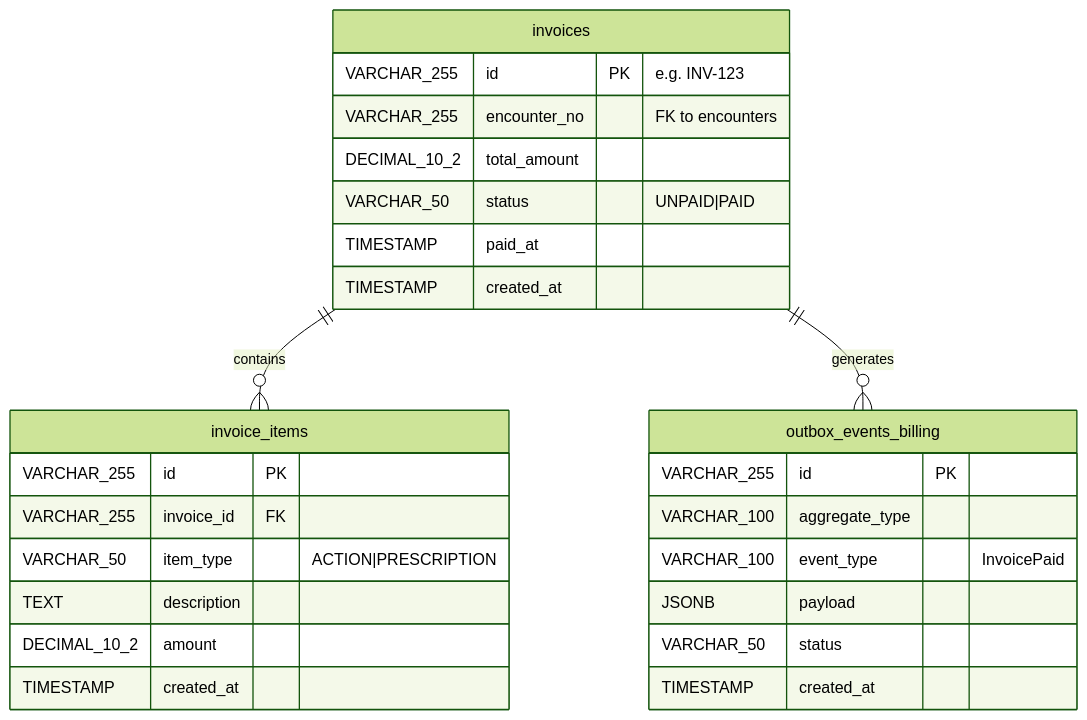
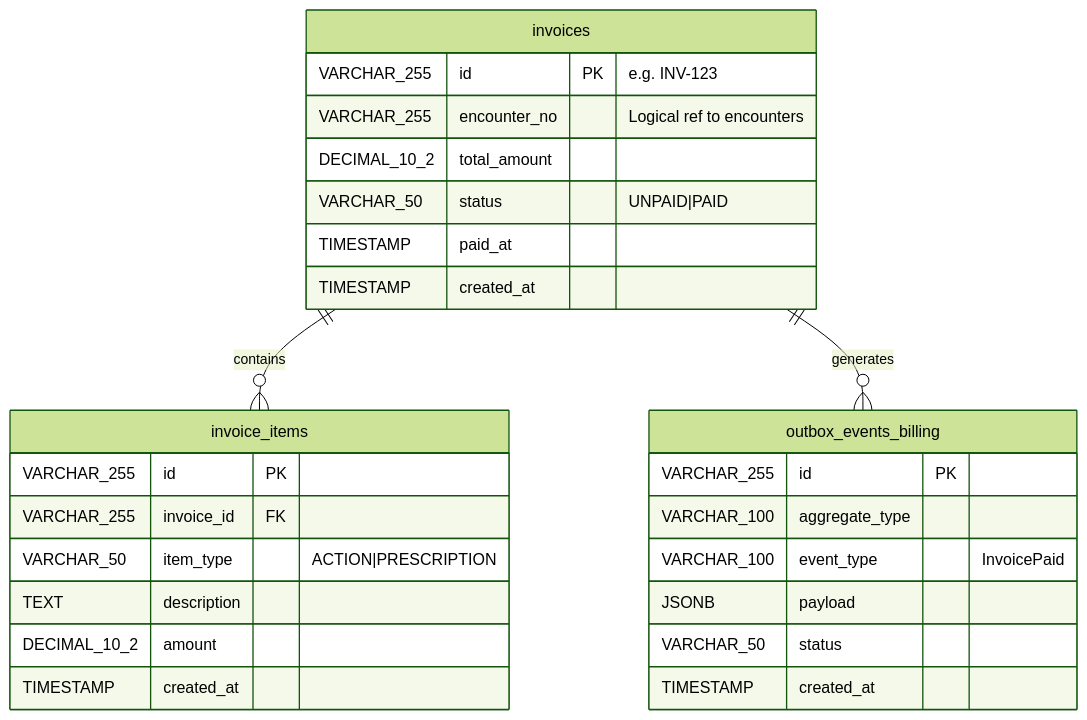
One commit to odealidj/go-micro-simrs-one changed diagram 13 of 19 in docs/be/technical/technical_documentation.md. Above: the diagram before and after it, drawn with Mermaid (forest theme). The commit also changed other lines of this file and 5 other files, not shown here.

First line of the commit message:
docs: update business and technical documentation for multi-schema and rawat-jalan separation

````diff
--- a/docs/be/technical/technical_documentation.md
+++ b/docs/be/technical/technical_documentation.md
@@ -576,32 +746,32 @@
 ```mermaid
 erDiagram
     invoices {
         VARCHAR_255 id PK "e.g. INV-123"
-        VARCHAR_255 encounter_no "FK to encounters"
+        VARCHAR_255 encounter_no "Logical ref to encounters"
         DECIMAL_10_2 total_amount
         VARCHAR_50 status "UNPAID|PAID"
         TIMESTAMP paid_at
         TIMESTAMP created_at
     }
 
     invoice_items {
         VARCHAR_255 id PK
         VARCHAR_255 invoice_id FK
         VARCHAR_50 item_type "ACTION|PRESCRIPTION"
         TEXT description
         DECIMAL_10_2 amount
         TIMESTAMP created_at
     }
 
     outbox_events_billing {
         VARCHAR_255 id PK
         VARCHAR_100 aggregate_type
         VARCHAR_100 event_type "InvoicePaid"
         JSONB payload
         VARCHAR_50 status
         TIMESTAMP created_at
     }
 
     invoices ||--o{ invoice_items : "contains"
     invoices ||--o{ outbox_events_billing : "generates"
 ```
````
